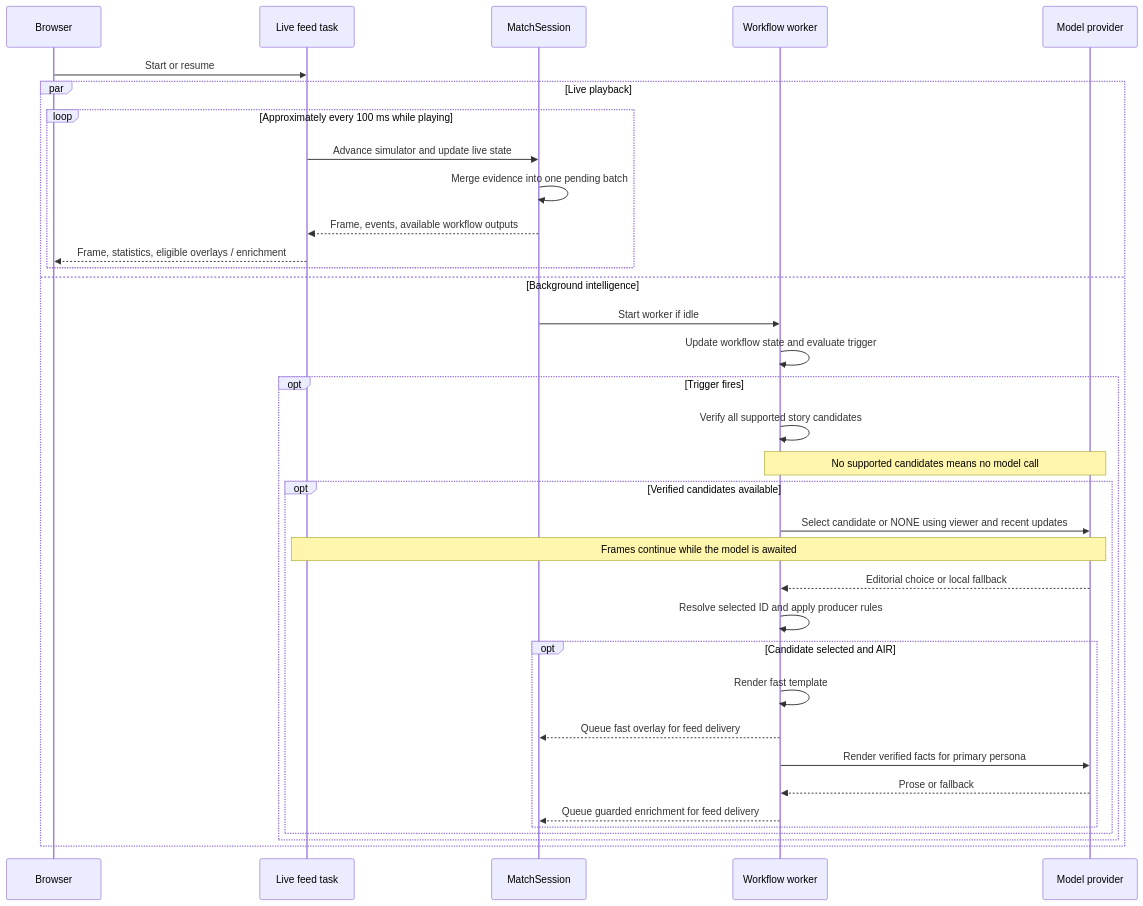
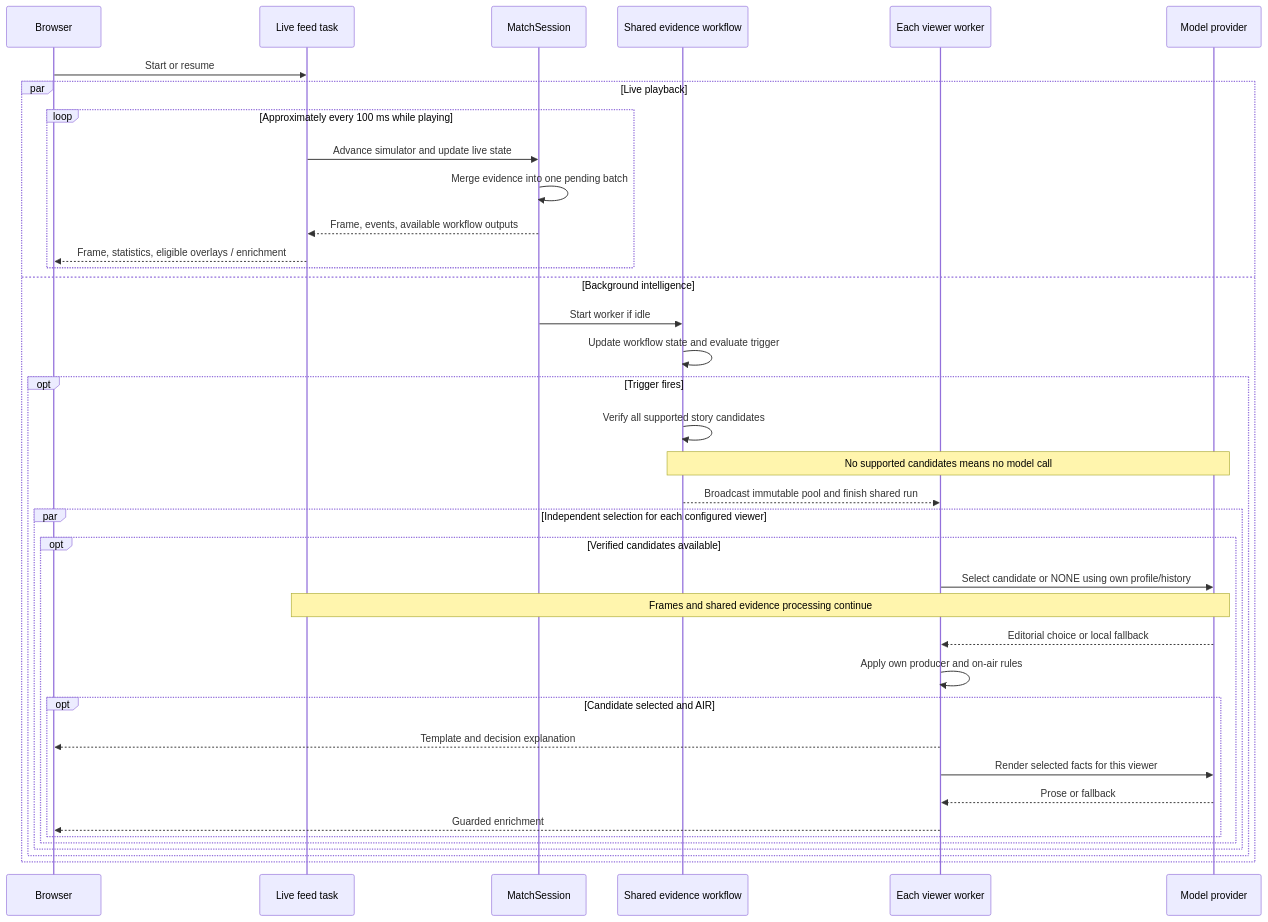
Before and after one commit to shantanu1singh/matchos: the third of 4 diagrams in ARCHITECTURE.md, drawn with Mermaid. The commit also changed other lines of this file and 17 other files, not shown here.

````diff
--- a/ARCHITECTURE.md
+++ b/ARCHITECTURE.md
@@ -117,38 +122,41 @@
 ```mermaid
 sequenceDiagram
     participant UI as Browser
     participant Feed as Live feed task
     participant Session as MatchSession
-    participant Worker as Workflow worker
+    participant Worker as Shared evidence workflow
+    participant Viewer as Each viewer worker
     participant Model as Model provider
 
     UI->>Feed: Start or resume
     par Live playback
         loop Approximately every 100 ms while playing
             Feed->>Session: Advance simulator and update live state
             Session->>Session: Merge evidence into one pending batch
             Session-->>Feed: Frame, events, available workflow outputs
             Feed-->>UI: Frame, statistics, eligible overlays / enrichment
         end
     and Background intelligence
         Session->>Worker: Start worker if idle
         Worker->>Worker: Update workflow state and evaluate trigger
         opt Trigger fires
             Worker->>Worker: Verify all supported story candidates
             Note over Worker,Model: No supported candidates means no model call
-            opt Verified candidates available
-                Worker->>Model: Select candidate or NONE using viewer and recent updates
-                Note over Feed,Model: Frames continue while the model is awaited
-                Model-->>Worker: Editorial choice or local fallback
-                Worker->>Worker: Resolve selected ID and apply producer rules
-                opt Candidate selected and AIR
-                    Worker->>Worker: Render fast template
-                    Worker-->>Session: Queue fast overlay for feed delivery
-                    Worker->>Model: Render verified facts for primary persona
-                    Model-->>Worker: Prose or fallback
-                    Worker-->>Session: Queue guarded enrichment for feed delivery
+            Worker-->>Viewer: Broadcast immutable pool and finish shared run
+            par Independent selection for each configured viewer
+                opt Verified candidates available
+                    Viewer->>Model: Select candidate or NONE using own profile/history
+                    Note over Feed,Model: Frames and shared evidence processing continue
+                    Model-->>Viewer: Editorial choice or local fallback
+                    Viewer->>Viewer: Apply own producer and on-air rules
+                    opt Candidate selected and AIR
+                        Viewer-->>UI: Template and decision explanation
+                        Viewer->>Model: Render selected facts for this viewer
+                        Model-->>Viewer: Prose or fallback
+                        Viewer-->>UI: Guarded enrichment
+                    end
                 end
             end
         end
     end
 ```
````
